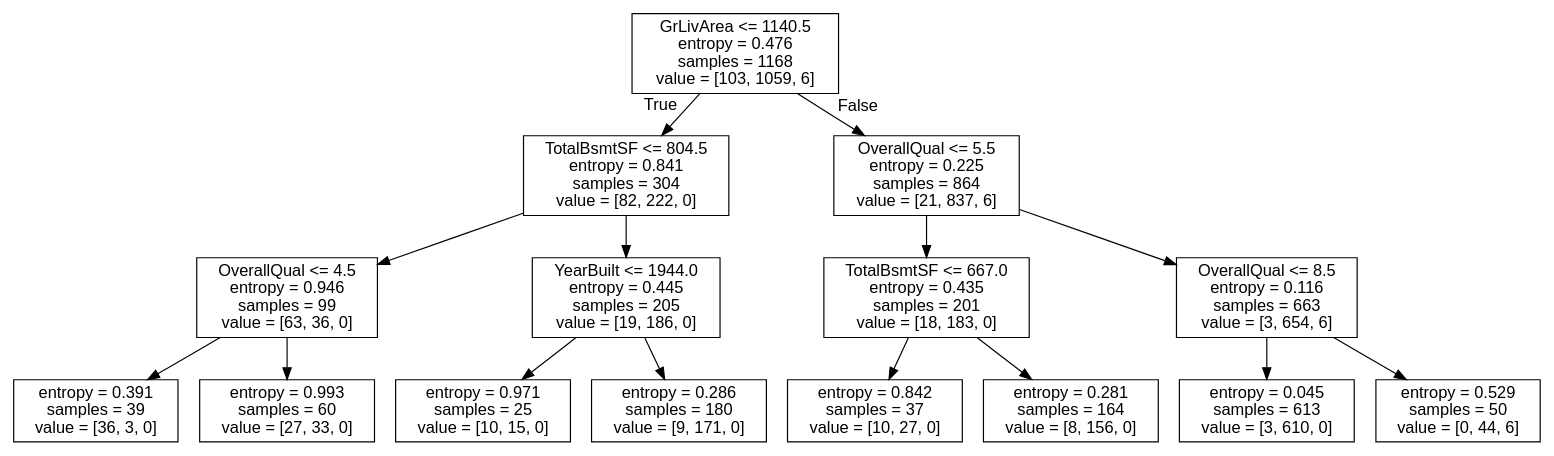
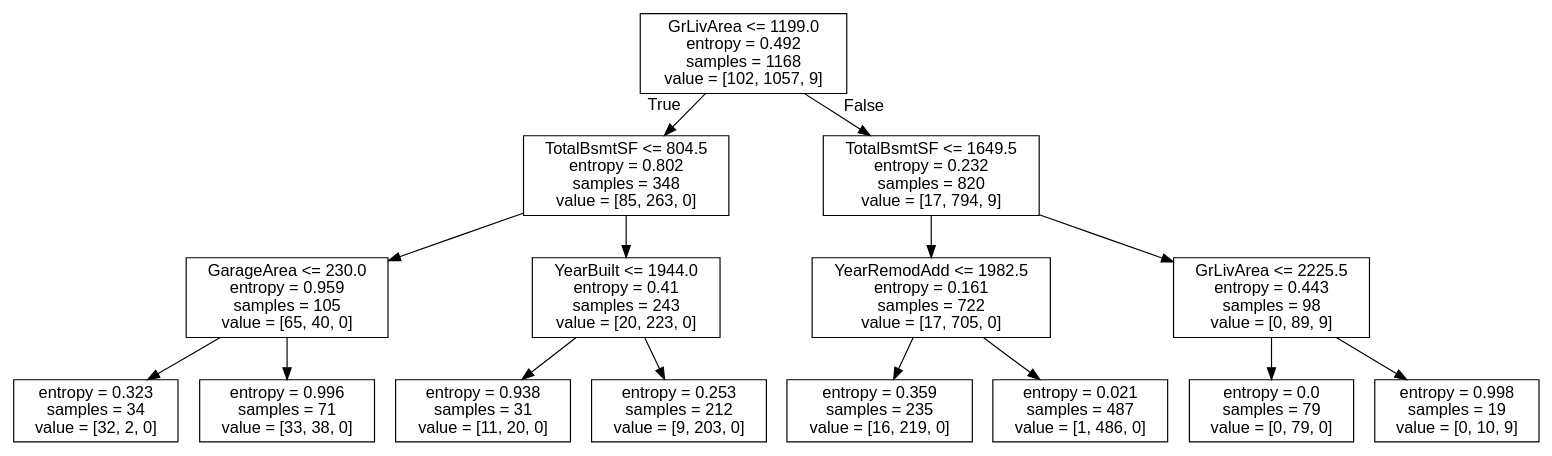
One commit to genomorro/unir changed the diagram in out/dtc.dot. Above: the diagram before and after it, drawn with Graphviz. The commit also changed 3 other files, not shown here.

```diff
--- a/out/dtc.dot
+++ b/out/dtc.dot
@@ -1,33 +1,33 @@
 digraph Tree {
 node [shape=box, fontname="helvetica"] ;
 edge [fontname="helvetica"] ;
-0 [label="GrLivArea <= 1140.5\nentropy = 0.476\nsamples = 1168\nvalue = [103, 1059, 6]"] ;
-1 [label="TotalBsmtSF <= 804.5\nentropy = 0.841\nsamples = 304\nvalue = [82, 222, 0]"] ;
+0 [label="GrLivArea <= 1199.0\nentropy = 0.492\nsamples = 1168\nvalue = [102, 1057, 9]"] ;
+1 [label="TotalBsmtSF <= 804.5\nentropy = 0.802\nsamples = 348\nvalue = [85, 263, 0]"] ;
 0 -> 1 [labeldistance=2.5, labelangle=45, headlabel="True"] ;
-2 [label="OverallQual <= 4.5\nentropy = 0.946\nsamples = 99\nvalue = [63, 36, 0]"] ;
+2 [label="GarageArea <= 230.0\nentropy = 0.959\nsamples = 105\nvalue = [65, 40, 0]"] ;
 1 -> 2 ;
-3 [label="entropy = 0.391\nsamples = 39\nvalue = [36, 3, 0]"] ;
+3 [label="entropy = 0.323\nsamples = 34\nvalue = [32, 2, 0]"] ;
 2 -> 3 ;
-4 [label="entropy = 0.993\nsamples = 60\nvalue = [27, 33, 0]"] ;
+4 [label="entropy = 0.996\nsamples = 71\nvalue = [33, 38, 0]"] ;
 2 -> 4 ;
-5 [label="YearBuilt <= 1944.0\nentropy = 0.445\nsamples = 205\nvalue = [19, 186, 0]"] ;
+5 [label="YearBuilt <= 1944.0\nentropy = 0.41\nsamples = 243\nvalue = [20, 223, 0]"] ;
 1 -> 5 ;
-6 [label="entropy = 0.971\nsamples = 25\nvalue = [10, 15, 0]"] ;
+6 [label="entropy = 0.938\nsamples = 31\nvalue = [11, 20, 0]"] ;
 5 -> 6 ;
-7 [label="entropy = 0.286\nsamples = 180\nvalue = [9, 171, 0]"] ;
+7 [label="entropy = 0.253\nsamples = 212\nvalue = [9, 203, 0]"] ;
 5 -> 7 ;
-8 [label="OverallQual <= 5.5\nentropy = 0.225\nsamples = 864\nvalue = [21, 837, 6]"] ;
+8 [label="TotalBsmtSF <= 1649.5\nentropy = 0.232\nsamples = 820\nvalue = [17, 794, 9]"] ;
 0 -> 8 [labeldistance=2.5, labelangle=-45, headlabel="False"] ;
-9 [label="TotalBsmtSF <= 667.0\nentropy = 0.435\nsamples = 201\nvalue = [18, 183, 0]"] ;
+9 [label="YearRemodAdd <= 1982.5\nentropy = 0.161\nsamples = 722\nvalue = [17, 705, 0]"] ;
 8 -> 9 ;
-10 [label="entropy = 0.842\nsamples = 37\nvalue = [10, 27, 0]"] ;
+10 [label="entropy = 0.359\nsamples = 235\nvalue = [16, 219, 0]"] ;
 9 -> 10 ;
-11 [label="entropy = 0.281\nsamples = 164\nvalue = [8, 156, 0]"] ;
+11 [label="entropy = 0.021\nsamples = 487\nvalue = [1, 486, 0]"] ;
 9 -> 11 ;
-12 [label="OverallQual <= 8.5\nentropy = 0.116\nsamples = 663\nvalue = [3, 654, 6]"] ;
+12 [label="GrLivArea <= 2225.5\nentropy = 0.443\nsamples = 98\nvalue = [0, 89, 9]"] ;
 8 -> 12 ;
-13 [label="entropy = 0.045\nsamples = 613\nvalue = [3, 610, 0]"] ;
+13 [label="entropy = 0.0\nsamples = 79\nvalue = [0, 79, 0]"] ;
 12 -> 13 ;
-14 [label="entropy = 0.529\nsamples = 50\nvalue = [0, 44, 6]"] ;
+14 [label="entropy = 0.998\nsamples = 19\nvalue = [0, 10, 9]"] ;
 12 -> 14 ;
 }
```
